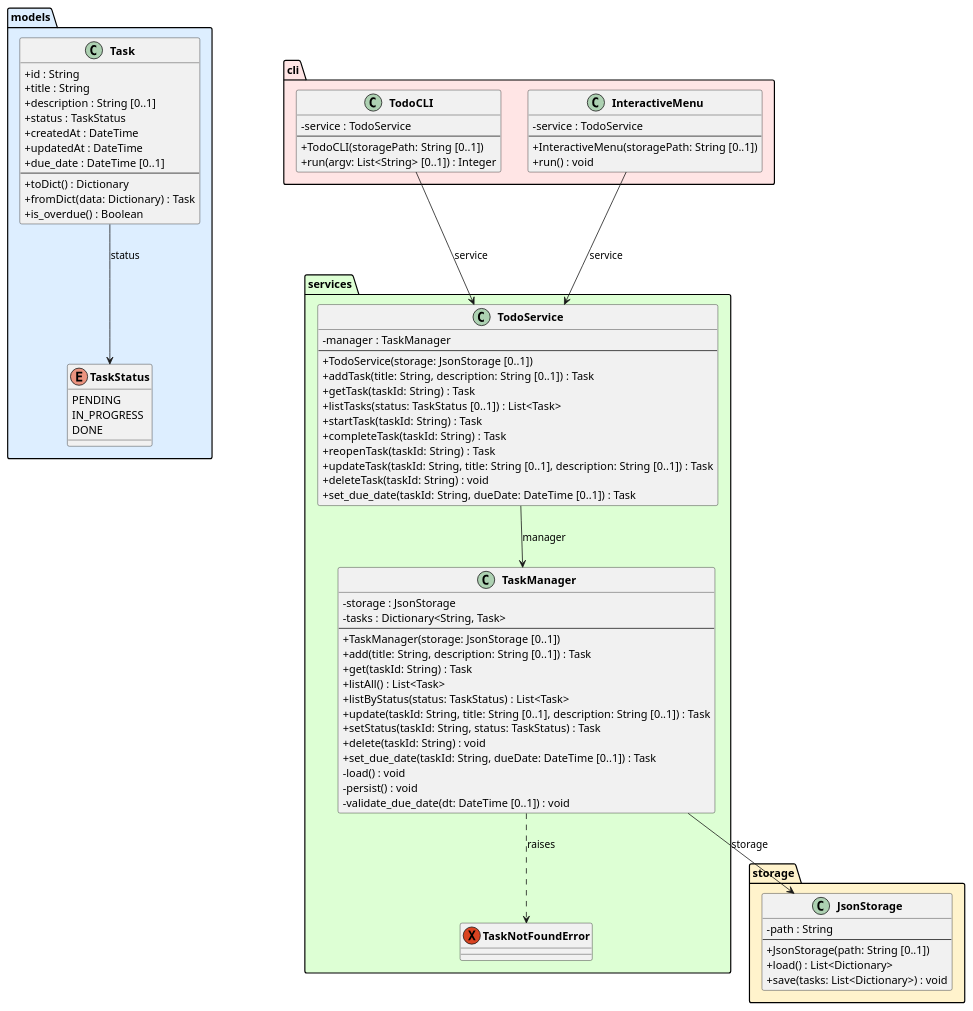
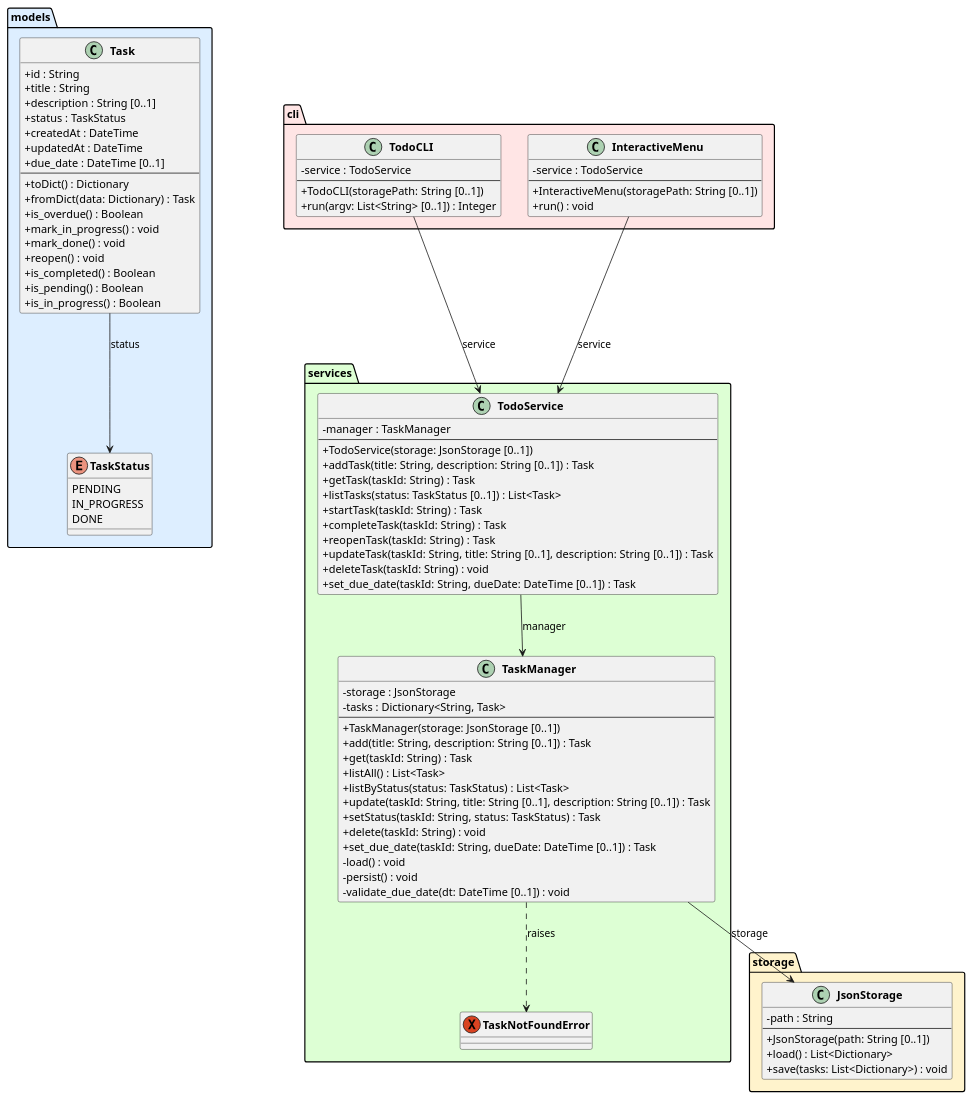
The diagram in experiments/supervisor_as_tools/structured_text/TODO/artifacts/class_diagram.puml (DanielRiha8906/Software_autoevolution_using_agents), drawn with PlantUML before and after one commit. The commit also changed 3 other files, not shown here.

```diff
--- a/experiments/supervisor_as_tools/structured_text/TODO/artifacts/class_diagram.puml
+++ b/experiments/supervisor_as_tools/structured_text/TODO/artifacts/class_diagram.puml
@@ -1,98 +1,104 @@
 @startuml class_diagram
 
 skinparam classAttributeIconSize 0
 skinparam classFontStyle bold
 
 package "models" #DDEEFF {
     enum TaskStatus {
         PENDING
         IN_PROGRESS
         DONE
     }
 
     class Task {
         +id : String
         +title : String
         +description : String [0..1]
         +status : TaskStatus
         +createdAt : DateTime
         +updatedAt : DateTime
         +due_date : DateTime [0..1]
         --
         +toDict() : Dictionary
         +fromDict(data: Dictionary) : Task
         +is_overdue() : Boolean
+        +mark_in_progress() : void
+        +mark_done() : void
+        +reopen() : void
+        +is_completed() : Boolean
+        +is_pending() : Boolean
+        +is_in_progress() : Boolean
     }
 }
 
 package "storage" #FFF3CC {
     class JsonStorage {
         -path : String
         --
         +JsonStorage(path: String [0..1])
         +load() : List<Dictionary>
         +save(tasks: List<Dictionary>) : void
     }
 }
 
 package "services" #DDFFD4 {
     exception TaskNotFoundError
 
     class TaskManager {
         -storage : JsonStorage
         -tasks : Dictionary<String, Task>
         --
         +TaskManager(storage: JsonStorage [0..1])
         +add(title: String, description: String [0..1]) : Task
         +get(taskId: String) : Task
         +listAll() : List<Task>
         +listByStatus(status: TaskStatus) : List<Task>
         +update(taskId: String, title: String [0..1], description: String [0..1]) : Task
         +setStatus(taskId: String, status: TaskStatus) : Task
         +delete(taskId: String) : void
         +set_due_date(taskId: String, dueDate: DateTime [0..1]) : Task
         -load() : void
         -persist() : void
         -validate_due_date(dt: DateTime [0..1]) : void
     }
 
     class TodoService {
         -manager : TaskManager
         --
         +TodoService(storage: JsonStorage [0..1])
         +addTask(title: String, description: String [0..1]) : Task
         +getTask(taskId: String) : Task
         +listTasks(status: TaskStatus [0..1]) : List<Task>
         +startTask(taskId: String) : Task
         +completeTask(taskId: String) : Task
         +reopenTask(taskId: String) : Task
         +updateTask(taskId: String, title: String [0..1], description: String [0..1]) : Task
         +deleteTask(taskId: String) : void
         +set_due_date(taskId: String, dueDate: DateTime [0..1]) : Task
     }
 }
 
 package "cli" #FFE5E5 {
     class TodoCLI {
         -service : TodoService
         --
         +TodoCLI(storagePath: String [0..1])
         +run(argv: List<String> [0..1]) : Integer
     }
 
     class InteractiveMenu {
         -service : TodoService
         --
         +InteractiveMenu(storagePath: String [0..1])
         +run() : void
     }
 }
 
 Task --> TaskStatus : status
 TaskManager --> JsonStorage : storage
 TaskManager ..> TaskNotFoundError : raises
 TodoService --> TaskManager : manager
 TodoCLI --> TodoService : service
 InteractiveMenu --> TodoService : service
 
 @enduml
```
